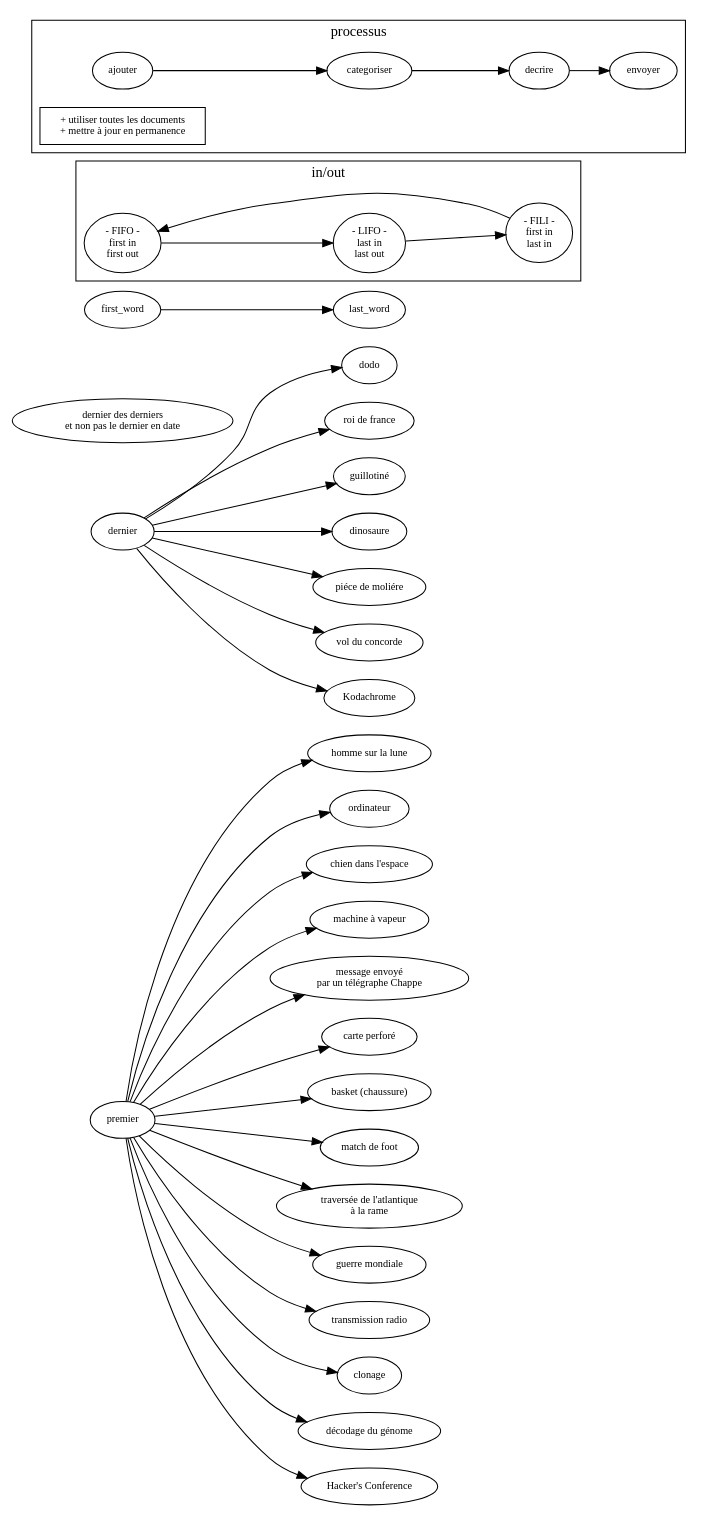
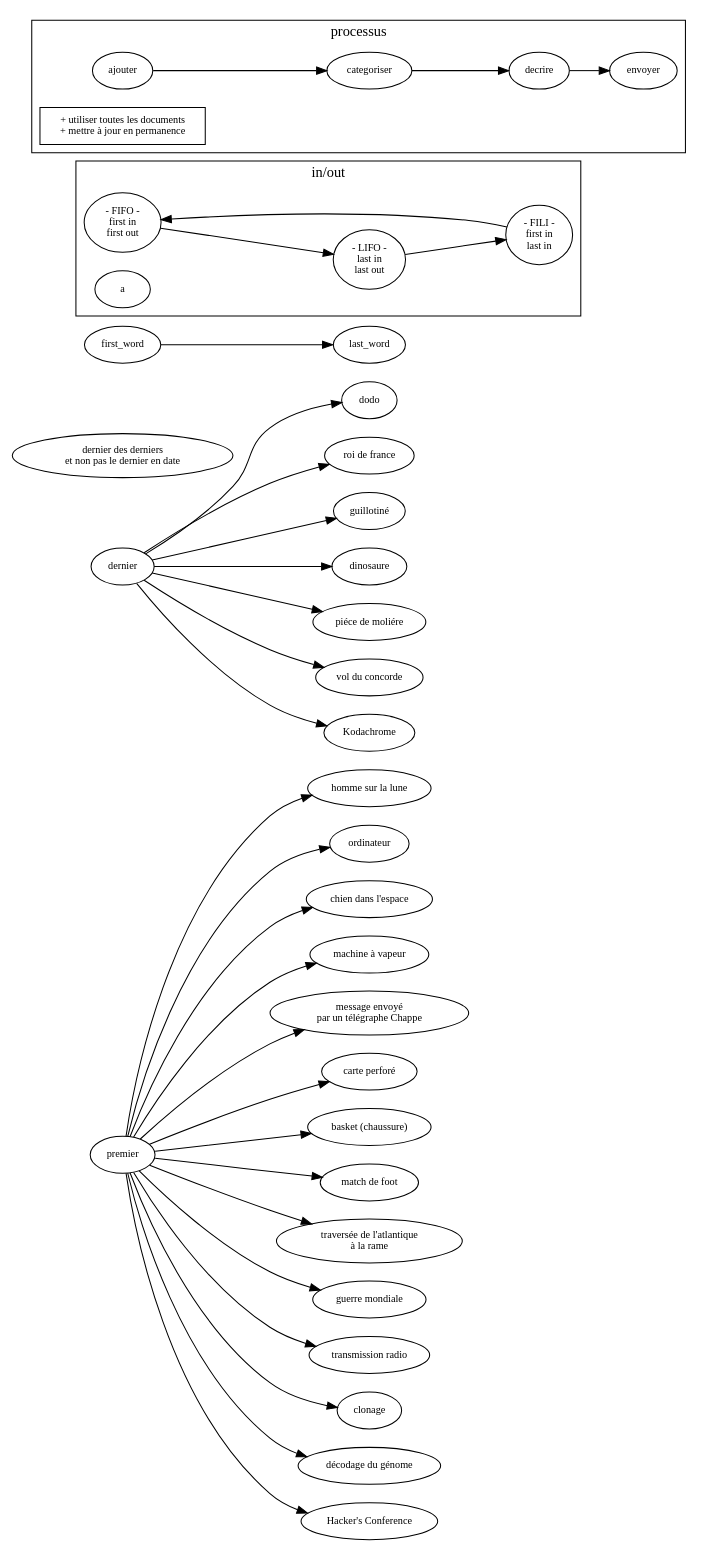
The diagram in sujet.dot (ensad-nancy/first-last), drawn with Graphviz before and after one commit.

```diff
--- a/sujet.dot
+++ b/sujet.dot
@@ -1,66 +1,67 @@
 digraph {
 
 	layout= "dot"
 	
 
 	fontname="myriadpro"
 	fontsize = 14
 	rankdir="LR"
 	
 	
 	node [fontname="myriadpro", fontsize = 10]
 	edge [fontname="monaco", fontsize = 9]
 	
 	first [label="premier"]
 	last [label="dernier"]
 	
 	"dernier des derniers\n et non pas le dernier en date" 
 
 	first -> "homme sur la lune"
 	first -> "ordinateur"
 	first -> "chien dans l'espace"
 	first -> "machine à vapeur"
 	first -> "message envoyé\npar un télégraphe Chappe"
 	first -> "carte perforé"
 	first -> "basket (chaussure)"
 	first -> "match de foot"
 	first -> "traversée de l'atlantique\nà la rame"
 	first -> "guerre mondiale"
 	first -> "transmission radio"
 	first -> "clonage"
 	first -> "décodage du génome"
 	first -> "Hacker's Conference"
 	
 	last -> dodo
 	last -> "roi de france"
 	last -> "guillotiné"
 	last -> "dinosaure"
 	last -> "piéce de moliére"
 	last -> "vol du concorde"
 	last -> "Kodachrome"
 
-
 	first_word -> last_word
 	subgraph cluster_FO{
 	
 		label="in/out"
 		
 		FIFO [label="- FIFO -\nfirst in\nfirst out"]
 		LIFO [label="- LIFO -\nlast in\nlast out"]
 		FILI [label="- FILI -\nfirst in\n last in"]
 
 		FILI -> FIFO -> LIFO -> FILI
+		
+		a
 	}
 	
 	subgraph cluster_process {
 		
 		label="processus"
 		
 		//get [label="récolter"]
 		
 		ajouter -> categoriser -> decrire -> envoyer
 		
 		"+ utiliser toutes les documents
 + mettre à jour en permanence" [ shape=box]
 	}
 }
```
